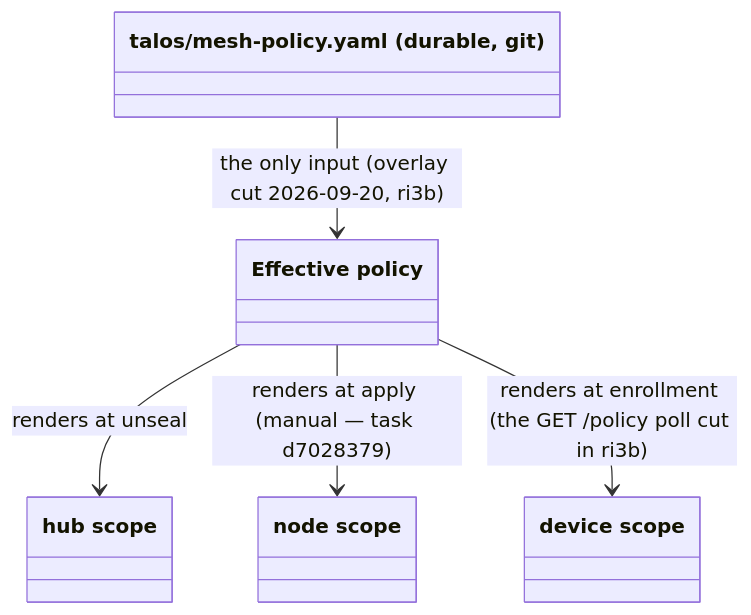
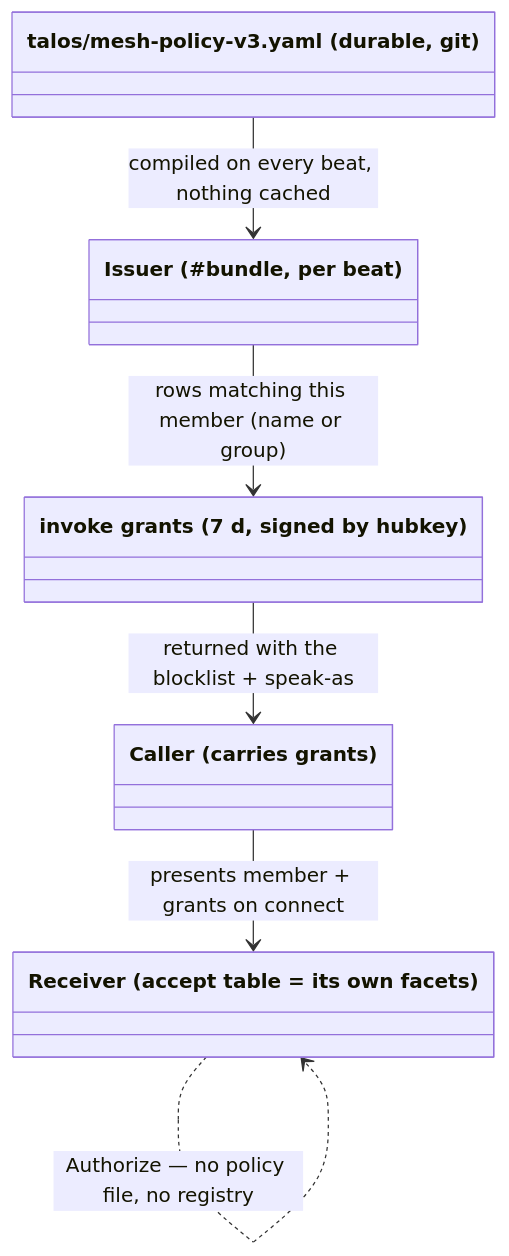
One commit to marnyg/talos-config changed the fourth of 6 diagrams in docs/desired-state/domain-model.md. Above: the diagram before and after it, drawn with Mermaid. The commit also changed other lines of this file and 3 other files, not shown here.

Commit message:
docs: domain model synced to the nebula-free system (P4.2) — Key = Ed25519 NodeId, member cert binding, runners = one nodeagent, recipe→grants policy diagram, witnessed registration, enrollmsg v3 + name guard; goals: Mesh v2 is history, Mesh v3 at P4.2; two dangling nebstack/nebmachine comment refs

````diff
--- a/docs/desired-state/domain-model.md
+++ b/docs/desired-state/domain-model.md
@@ -263,12 +271,13 @@
 ```mermaid
 classDiagram
-    class PolicyFile["talos/mesh-policy.yaml (durable, git)"]
-    class Effective["Effective policy"]
-    class HubScope["hub scope"]
-    class NodeScope["node scope"]
-    class DeviceScope["device scope"]
-    PolicyFile --> Effective : the only input (overlay cut 2026-09-20, ri3b)
-    Effective --> HubScope : renders at unseal
-    Effective --> NodeScope : renders at apply (manual — task d7028379)
-    Effective --> DeviceScope : renders at enrollment (the GET /policy poll cut in ri3b)
+    class Recipe["talos/mesh-policy-v3.yaml (durable, git)"]
+    class Issuer["Issuer (#bundle, per beat)"]
+    class Grants["invoke grants (7 d, signed by hubkey)"]
+    class Caller["Caller (carries grants)"]
+    class Receiver["Receiver (accept table = its own facets)"]
+    Recipe --> Issuer : compiled on every beat, nothing cached
+    Issuer --> Grants : rows matching this member (name or group)
+    Grants --> Caller : returned with the blocklist + speak-as
+    Caller --> Receiver : presents member + grants on connect
+    Receiver ..> Receiver : Authorize — no policy file, no registry
 ```
````
